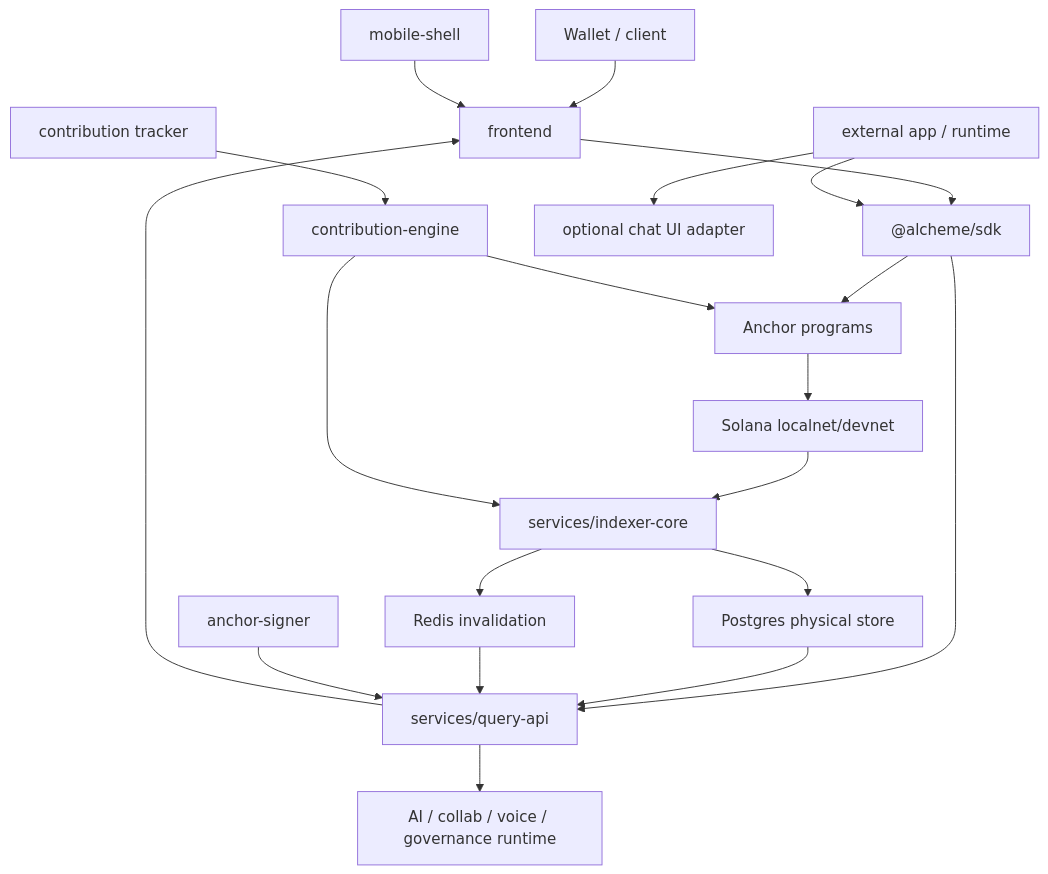
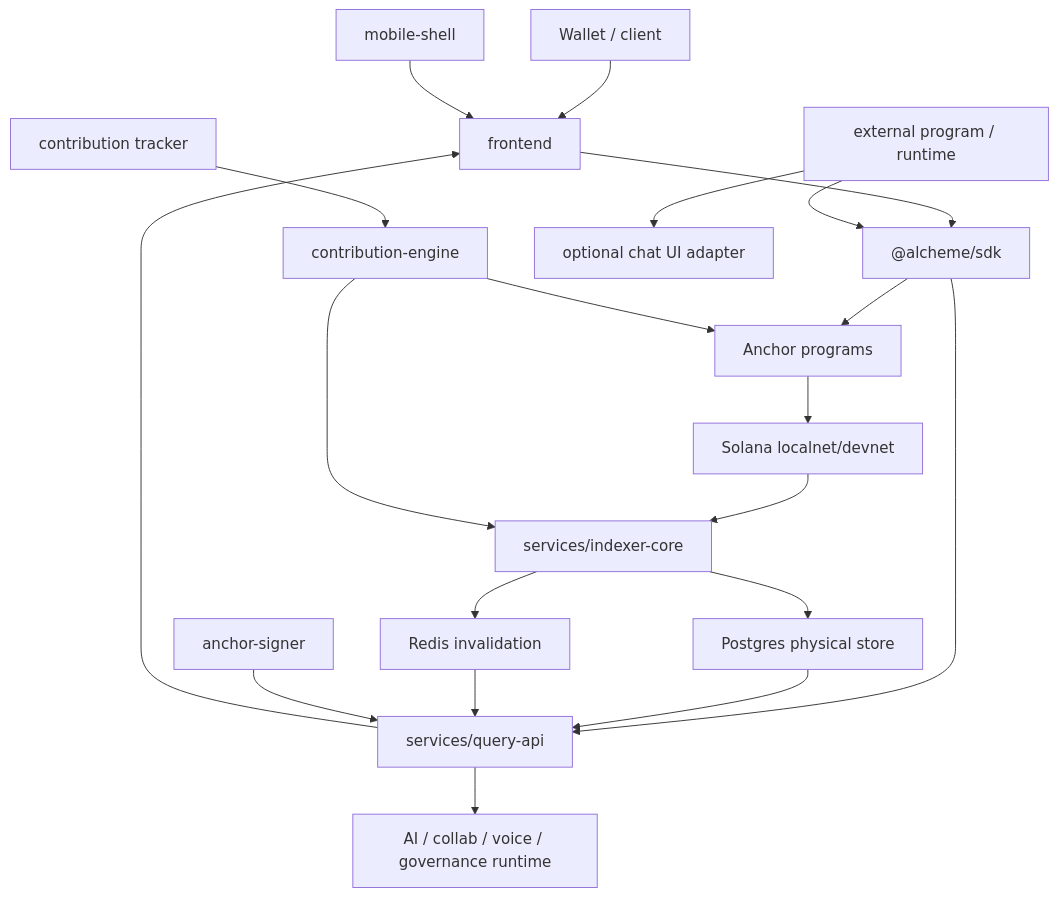
The second of 2 diagrams in docs/architecture/architecture-inventory.md (alcheme-labs/alcheme-protocol), drawn with Mermaid before and after one commit. The commit also changed other lines of this file and 18 other files, not shown here.

Commit message:
Document external program integration quickstart

````diff
--- a/docs/architecture/architecture-inventory.md
+++ b/docs/architecture/architecture-inventory.md
@@ -59,26 +59,26 @@
 ```mermaid
 flowchart TB
     wallet["Wallet / client"] --> frontend["frontend"]
     frontend --> sdk["@alcheme/sdk"]
     sdk --> programs["Anchor programs"]
     sdk --> query
     programs --> solana["Solana localnet/devnet"]
 
     solana --> indexer["services/indexer-core"]
     indexer --> db["Postgres physical store"]
     indexer --> redis["Redis invalidation"]
 
     db --> query["services/query-api"]
     redis --> query
     query --> frontend
     query --> runtime["AI / collab / voice / governance runtime"]
 
     contrib["contribution-engine"] --> programs
     contrib --> indexer
     tracker["contribution tracker"] --> contrib
     signer["anchor-signer"] --> query
 
     mobile["mobile-shell"] --> frontend
-    external["external app / runtime"] --> sdk
+    external["external program / runtime"] --> sdk
     external --> gameui["optional chat UI adapter"]
 ```
````
